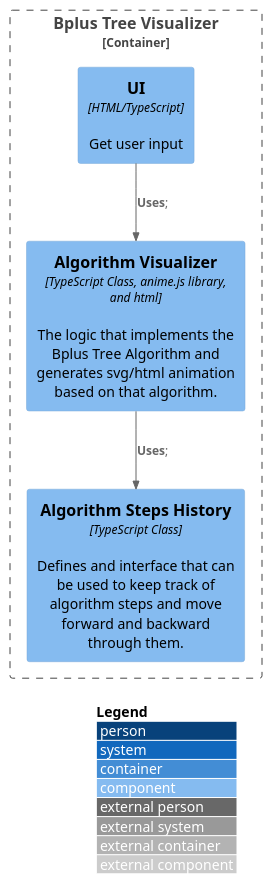
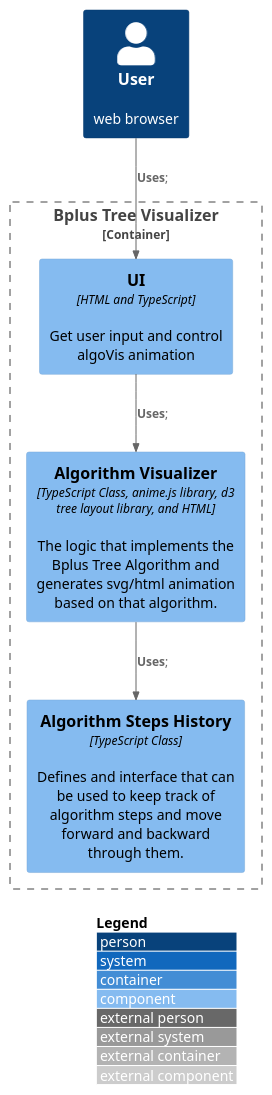
The diagram in c4Model/src/bplusTreeVisualizer.puml (TreverHibbs/bplus-tree-vis), drawn with PlantUML before and after one commit. The commit also changed 5 other files, not shown here.

Commit message:
init algoVis new interface

```diff
--- a/c4Model/src/bplusTreeVisualizer.puml
+++ b/c4Model/src/bplusTreeVisualizer.puml
@@ -1,17 +1,20 @@
 @startuml bplusTreeVisualizer
 !include https://raw.githubusercontent.com/adrianvlupu/C4-PlantUML/latest/C4_Component.puml
 
 LAYOUT_WITH_LEGEND()
 
+Person(User, "User", "web browser")
+
 Container_Boundary(webApp, "Bplus Tree Visualizer") {
-    Component(UI, "UI", "HTML/TypeScript", "Get user input")
-    Component(algoVis, "Algorithm Visualizer", "TypeScript Class, anime.js library, and html", "The logic that implements the Bplus Tree Algorithm and generates svg/html animation based on that algorithm.")
+    Component(UI, "UI", "HTML and TypeScript", "Get user input and control algoVis animation")
+    Component(algoVis, "Algorithm Visualizer", "TypeScript Class, anime.js library, d3 tree layout library, and HTML", "The logic that implements the Bplus Tree Algorithm and generates svg/html animation based on that algorithm.")
     ' Component(animationManager, "Animation Manager", "TypeScript Class/anime.js", "Keeps track of svg animation state and provides building blocks for animating a bplus tree.")
     Component(algoStepsHistory, "Algorithm Steps History", "TypeScript Class", "Defines and interface that can be used to keep track of algorithm steps and move forward and backward through them.")
 }
 
 Rel(UI, algoVis, "Uses");
+Rel(User, UI, "Uses");
 ' Rel(algoVis, animationManager, "Uses");
 Rel(algoVis, algoStepsHistory, "Uses");
 
 @enduml
```
